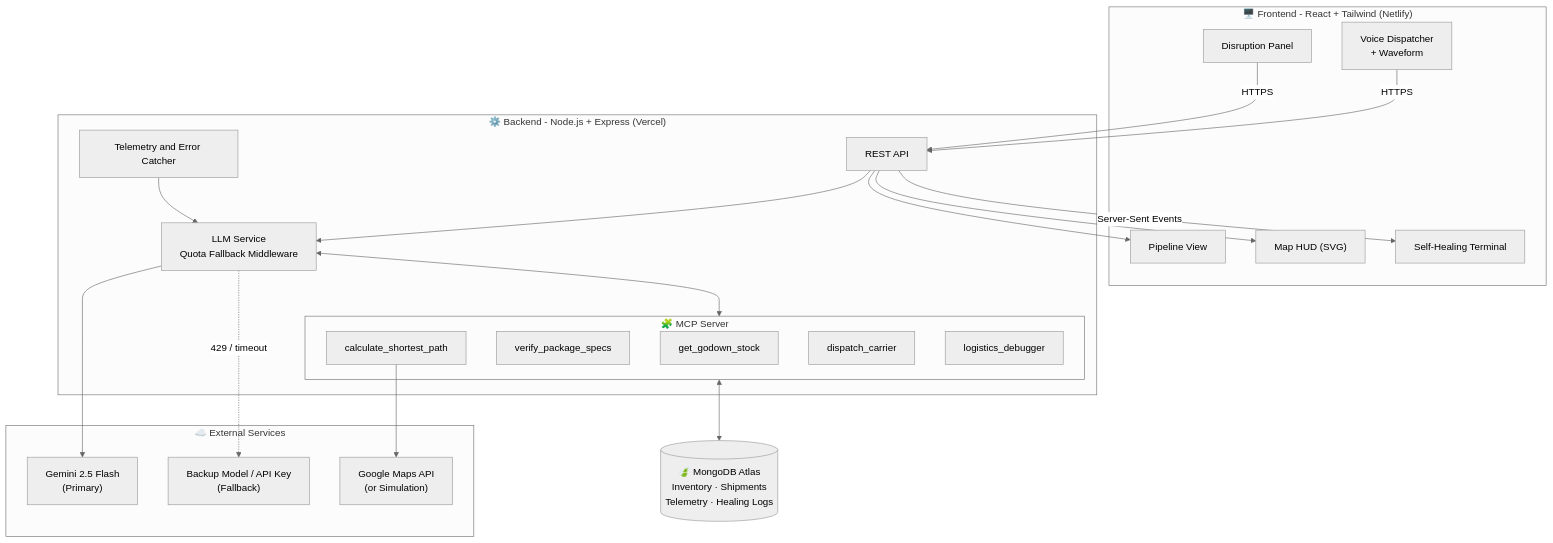
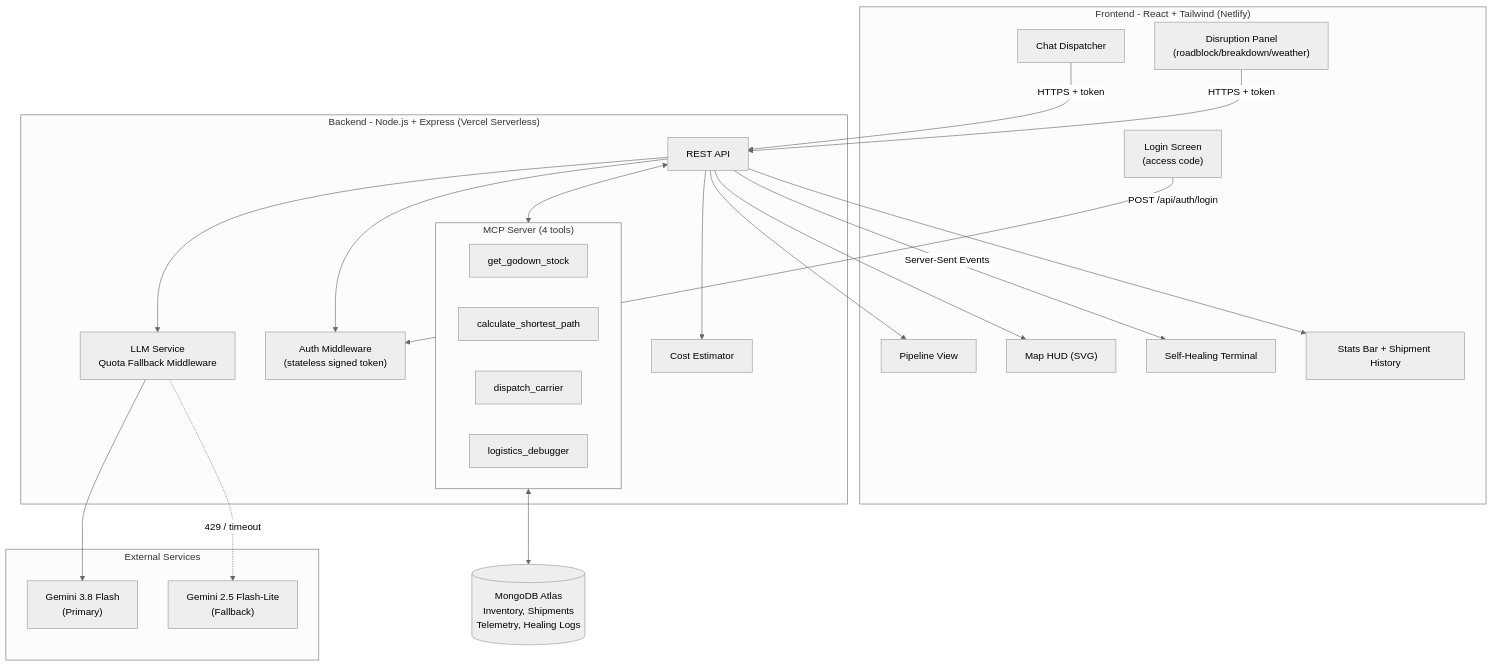
The second of 5 diagrams in README.md (vicky-510/A2V-Logistics), drawn with Mermaid (neutral theme) before and after one commit. The commit also changed other lines of this file, not shown here.

First line of the commit message:
Fix README architecture diagrams and reference tables to match the real build

````diff
--- a/README.md
+++ b/README.md
@@ -132,43 +133,46 @@
 ```mermaid
 flowchart TB
-    subgraph CLIENT["🖥️ Frontend - React + Tailwind (Netlify)"]
-        UI1["Voice Dispatcher<br/>+ Waveform"]
-        UI2["Pipeline View"]
-        UI3["Map HUD (SVG)"]
-        UI4["Self-Healing Terminal"]
-        UI5["Disruption Panel"]
+    subgraph CLIENT["Frontend - React + Tailwind (Netlify)"]
+        UI1["Login Screen<br/>(access code)"]
+        UI2["Chat Dispatcher"]
+        UI3["Pipeline View"]
+        UI4["Map HUD (SVG)"]
+        UI5["Self-Healing Terminal"]
+        UI6["Disruption Panel<br/>(roadblock/breakdown/weather)"]
+        UI7["Stats Bar + Shipment History"]
     end
 
-    subgraph SERVER["⚙️ Backend - Node.js + Express (Vercel)"]
+    subgraph SERVER["Backend - Node.js + Express (Vercel Serverless)"]
+        AUTH["Auth Middleware<br/>(stateless signed token)"]
         API["REST API"]
         LLM["LLM Service<br/>Quota Fallback Middleware"]
-        subgraph MCP["🧩 MCP Server"]
+        COST["Cost Estimator"]
+        subgraph MCP["MCP Server (4 tools)"]
             T1["get_godown_stock"]
-            T2["verify_package_specs"]
-            T3["calculate_shortest_path"]
-            T4["dispatch_carrier"]
-            T5["logistics_debugger"]
+            T2["calculate_shortest_path"]
+            T3["dispatch_carrier"]
+            T4["logistics_debugger"]
         end
-        TEL["Telemetry and Error Catcher"]
     end
 
-    subgraph EXT["☁️ External Services"]
-        GEM1["Gemini 2.5 Flash<br/>(Primary)"]
-        GEM2["Backup Model / API Key<br/>(Fallback)"]
-        MAPS["Google Maps API<br/>(or Simulation)"]
+    subgraph EXT["External Services"]
+        GEM1["Gemini 3.8 Flash<br/>(Primary)"]
+        GEM2["Gemini 2.5 Flash-Lite<br/>(Fallback)"]
     end
 
-    DB[("🍃 MongoDB Atlas<br/>Inventory · Shipments<br/>Telemetry · Healing Logs")]
+    DB[("MongoDB Atlas<br/>Inventory, Shipments<br/>Telemetry, Healing Logs")]
 
-    UI1 & UI5 -->|HTTPS| API
+    UI1 -->|POST /api/auth/login| AUTH
+    UI2 & UI6 -->|HTTPS + token| API
+    API --> AUTH
     API --> LLM
+    API --> COST
     LLM --> GEM1
     LLM -.->|429 / timeout| GEM2
-    LLM <--> MCP
-    T3 --> MAPS
+    API <--> MCP
     MCP <--> DB
-    TEL --> LLM
-    API -->|Server-Sent Events| UI4
-    API --> UI2
+    API -->|Server-Sent Events| UI5
     API --> UI3
+    API --> UI4
+    API --> UI7
 ```
````
